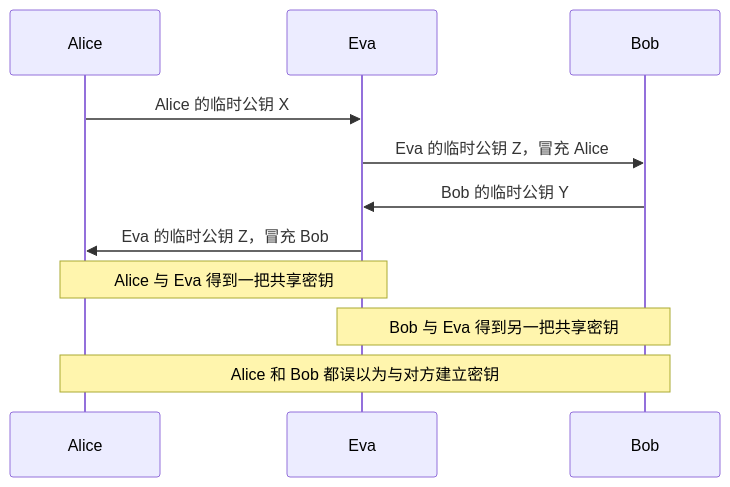
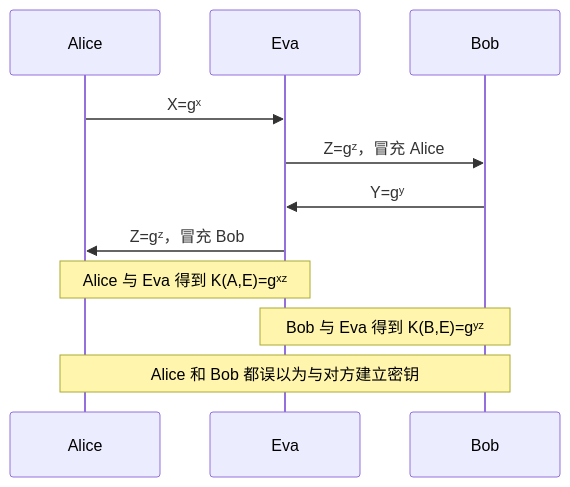
One commit to 22mouseok-crypto/obsidian-vault changed the sixth of 21 diagrams in 大三下/密码协议/密码协议期末复习-Obsidian视觉版.md. Above: the diagram before and after it, drawn with Mermaid. The commit also changed other lines of this file, not shown here.

````diff
--- a/大三下/密码协议/密码协议期末复习-Obsidian视觉版.md
+++ b/大三下/密码协议/密码协议期末复习-Obsidian视觉版.md
@@ -280,15 +280,15 @@
 ```mermaid
 sequenceDiagram
     participant A as Alice
     participant E as Eva
     participant B as Bob
 
-    A->>E: Alice 的临时公钥 X
-    E->>B: Eva 的临时公钥 Z，冒充 Alice
-    B->>E: Bob 的临时公钥 Y
-    E->>A: Eva 的临时公钥 Z，冒充 Bob
+    A->>E: X=gˣ
+    E->>B: Z=gᶻ，冒充 Alice
+    B->>E: Y=gʸ
+    E->>A: Z=gᶻ，冒充 Bob
 
-    Note over A,E: Alice 与 Eva 得到一把共享密钥
-    Note over E,B: Bob 与 Eva 得到另一把共享密钥
+    Note over A,E: Alice 与 Eva 得到 K(A,E)=gˣᶻ
+    Note over E,B: Bob 与 Eva 得到 K(B,E)=gʸᶻ
     Note over A,B: Alice 和 Bob 都误以为与对方建立密钥
 ```
````
